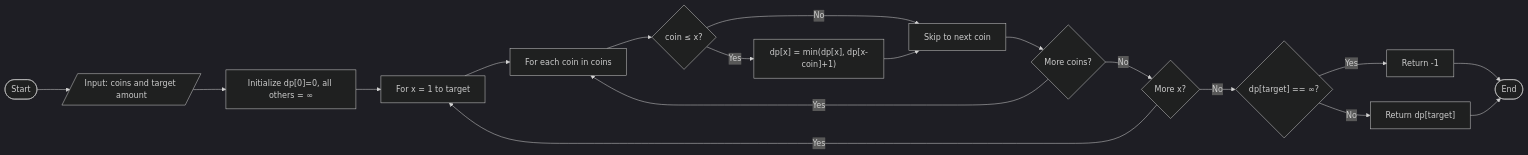
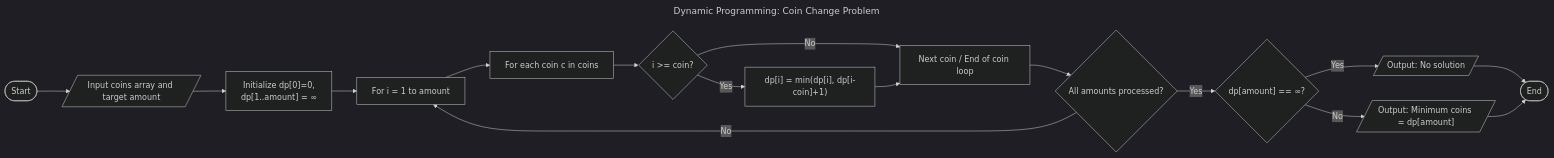
Before and after one commit to ItzKanashii/Coin-Change: the first of 2 diagrams in README.md, drawn with Mermaid. The commit also changed other lines of this file and 1 other file, not shown here.

````diff
--- a/README.md
+++ b/README.md
@@ -11,26 +11,26 @@
 ```mermaid
 ---
+title: "Dynamic Programming: Coin Change Problem"
 config:
   layout: dagre
   theme: dark
   look: classic
 ---
 flowchart LR
-    A(["Start"]) --> B[/"Input: coins and target amount"/]
-    B --> C["Initialize dp[0]=0, all others = ∞"]
-    C --> D["For x = 1 to target"]
-    D --> E["For each coin in coins"]
-    E --> F{"coin ≤ x?"}
-    F -- Yes --> G["dp[x] = min(dp[x], dp[x-coin]+1)"]
-    F -- No --> H["Skip to next coin"]
-    G --> H
-    H --> I{"More coins?"}
-    I -- Yes --> E
-    I -- No --> J{"More x?"}
-    J -- Yes --> D
-    J -- No --> K{"dp[target] == ∞?"}
-    K -- Yes --> L["Return -1"]
-    K -- No --> M["Return dp[target]"]
-    L --> N(["End"])
-    M --> N
+    A(["Start"]) --> B[/"Input coins array and target amount"/]
+    B --> C["`Initialize dp[0]=0,
+     dp[1..amount] = ∞`"]
+    C --> D["For i = 1 to amount"]
+    D --> E["For each coin c in coins"]
+    E --> F{"i >= coin?"}
+    F -- Yes --> G["dp[i] = min(dp[i], dp[i-coin]+1)"]
+    F -- No --> H
+    G --> H["Next coin / End of coin loop"]
+    H --> I{"All amounts processed?"}
+    I -- No --> D
+    I -- Yes --> J{"dp[amount] == ∞?"}
+    J -- Yes --> K[/"Output: No solution"/]
+    J -- No --> L[/"Output: Minimum coins = dp[amount]"/]
+    K --> M(["End"])
+    L --> M
 ```
````
